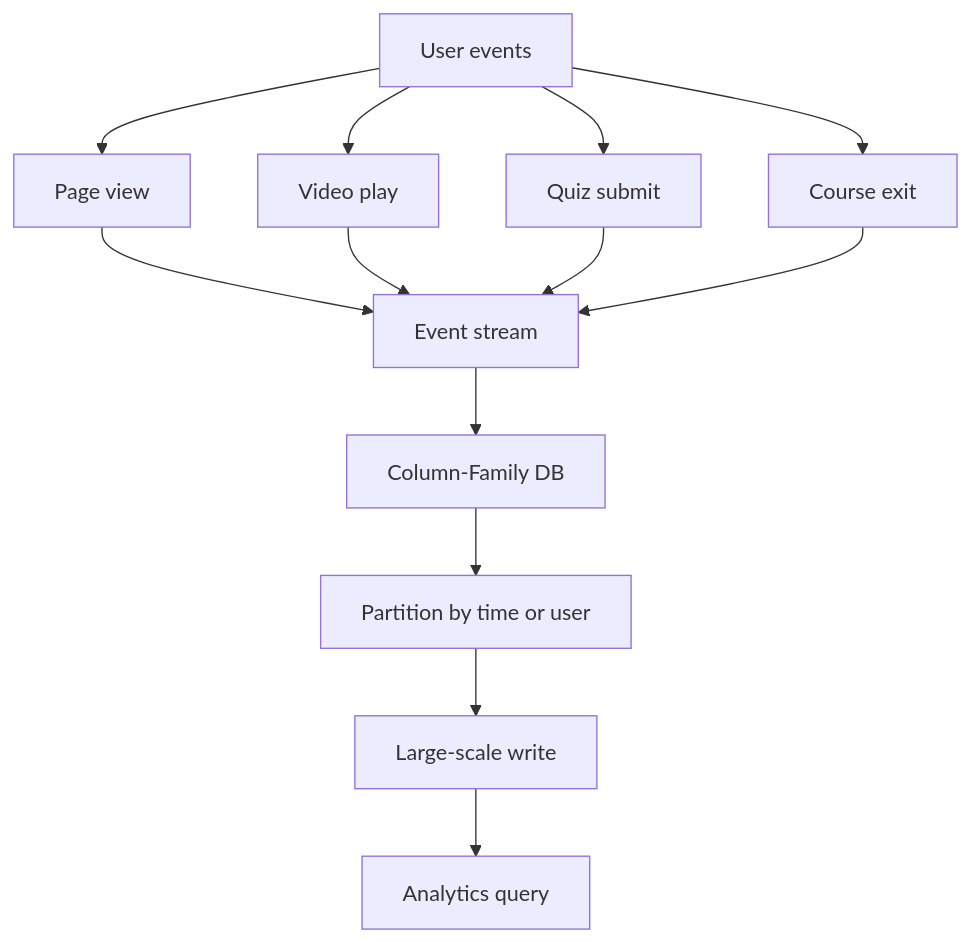
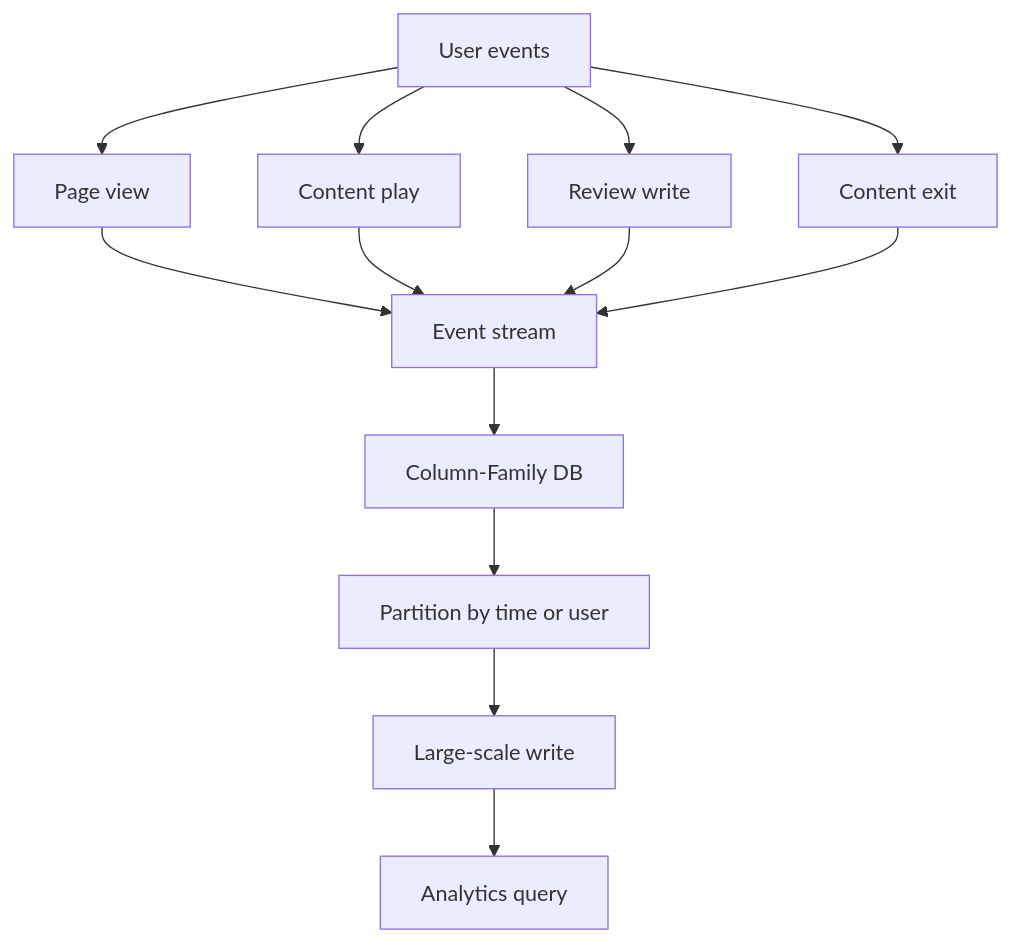
The diagram in images/chapter12/ch12_05_column_family_log_flow.mmd (GilbertMoon/ai-database-book), drawn with Mermaid before and after one commit. The commit also changed 82 other files, not shown here.

```diff
--- a/images/chapter12/ch12_05_column_family_log_flow.mmd
+++ b/images/chapter12/ch12_05_column_family_log_flow.mmd
@@ -1,15 +1,15 @@
 flowchart TB
     A[User events] --> B[Page view]
-    A --> C[Video play]
-    A --> D[Quiz submit]
-    A --> E[Course exit]
+    A --> C[Content play]
+    A --> D[Review write]
+    A --> E[Content exit]
 
     B --> F[Event stream]
     C --> F
     D --> F
     E --> F
 
     F --> G[Column-Family DB]
     G --> H[Partition by time or user]
     H --> I[Large-scale write]
     I --> J[Analytics query]
```
